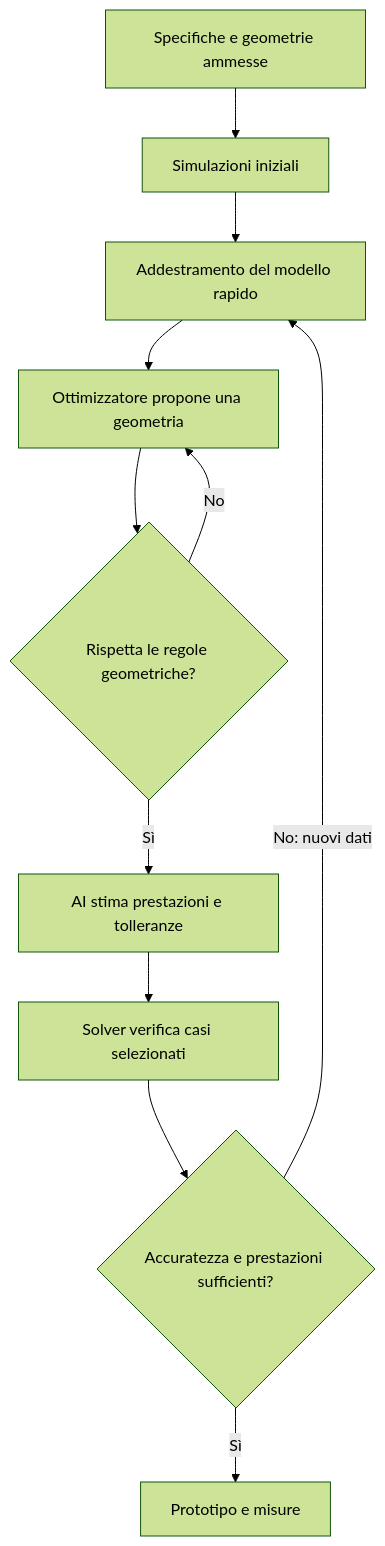
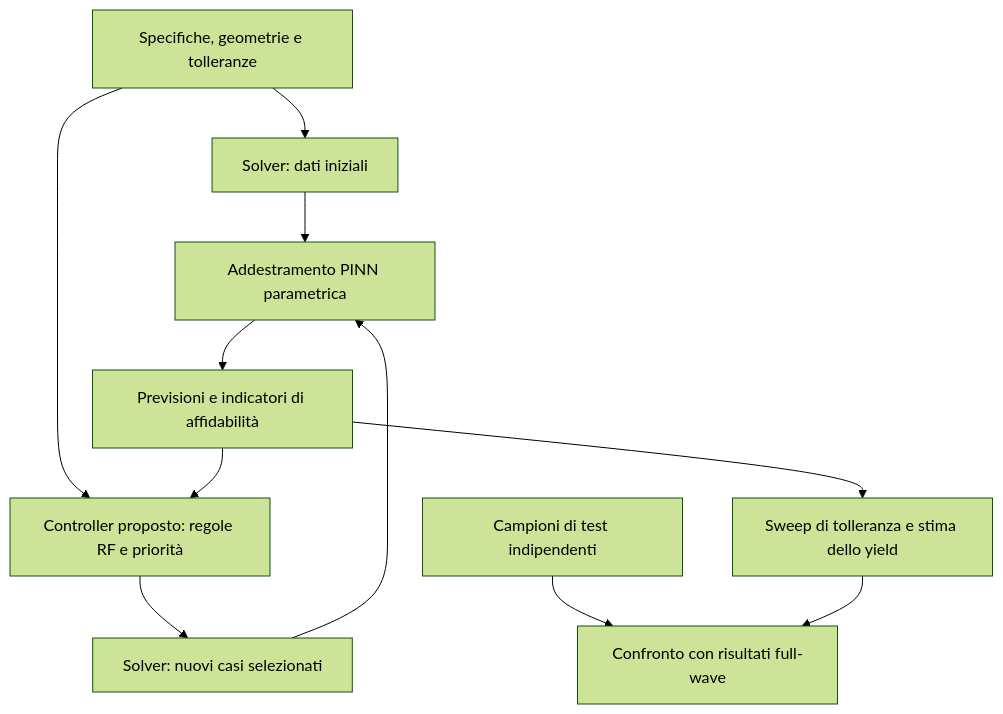
One commit to PulgaLuca/Neuro-Symbolic_RF_Surrogates changed the first of 2 diagrams in README.md. Above: the diagram before and after it, drawn with Mermaid (forest theme). The commit also changed other lines of this file, not shown here.

````diff
--- a/README.md
+++ b/README.md
@@ -59,13 +163,13 @@
 ```mermaid
 flowchart TD
-    A["Specifiche e geometrie ammesse"] --> B["Simulazioni iniziali"]
-    B --> C["Addestramento del modello rapido"]
-    C --> D["Ottimizzatore propone una geometria"]
-    D --> E{"Rispetta le regole geometriche?"}
-    E -->|No| D
-    E -->|Sì| F["AI stima prestazioni e tolleranze"]
-    F --> G["Solver verifica casi selezionati"]
-    G --> H{"Accuratezza e prestazioni sufficienti?"}
-    H -->|No: nuovi dati| C
-    H -->|Sì| I["Prototipo e misure"]
+    A["Specifiche, geometrie e tolleranze"] --> B["Solver: dati iniziali"]
+    B --> C["Addestramento PINN parametrica"]
+    C --> D["Previsioni e indicatori di affidabilità"]
+    A --> E["Controller proposto: regole RF e priorità"]
+    D --> E
+    E --> F["Solver: nuovi casi selezionati"]
+    F --> C
+    D --> G["Sweep di tolleranza e stima dello yield"]
+    H["Campioni di test indipendenti"] --> I["Confronto con risultati full-wave"]
+    G --> I
 ```
````
